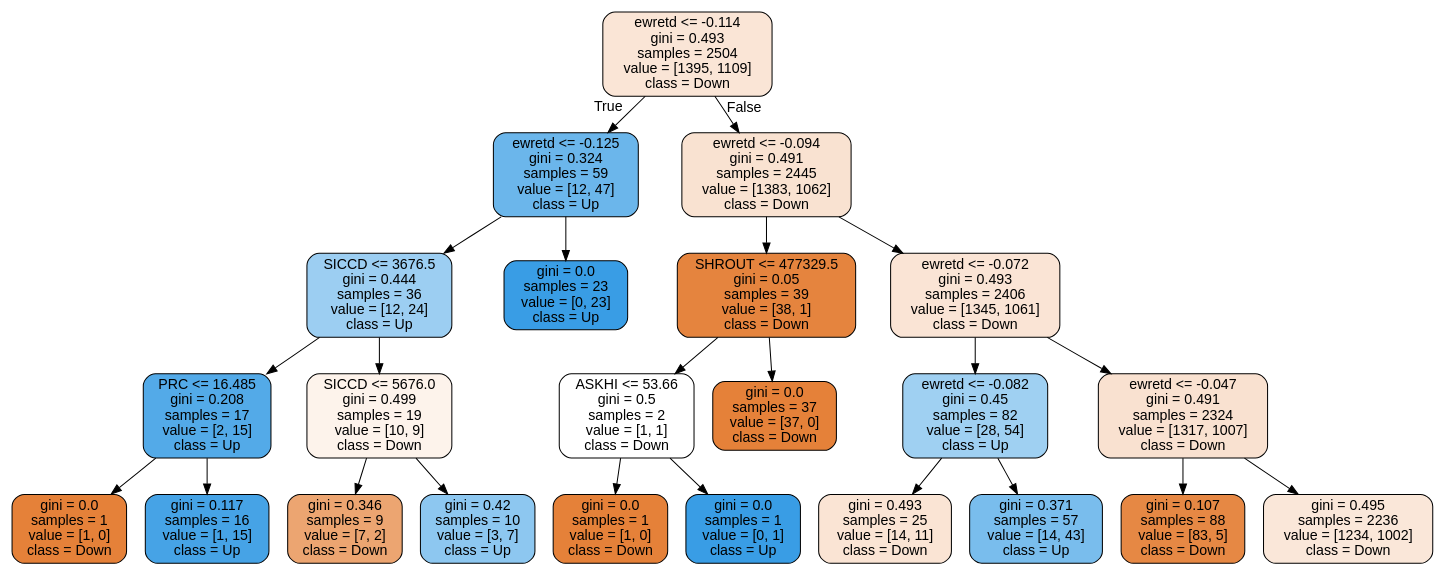
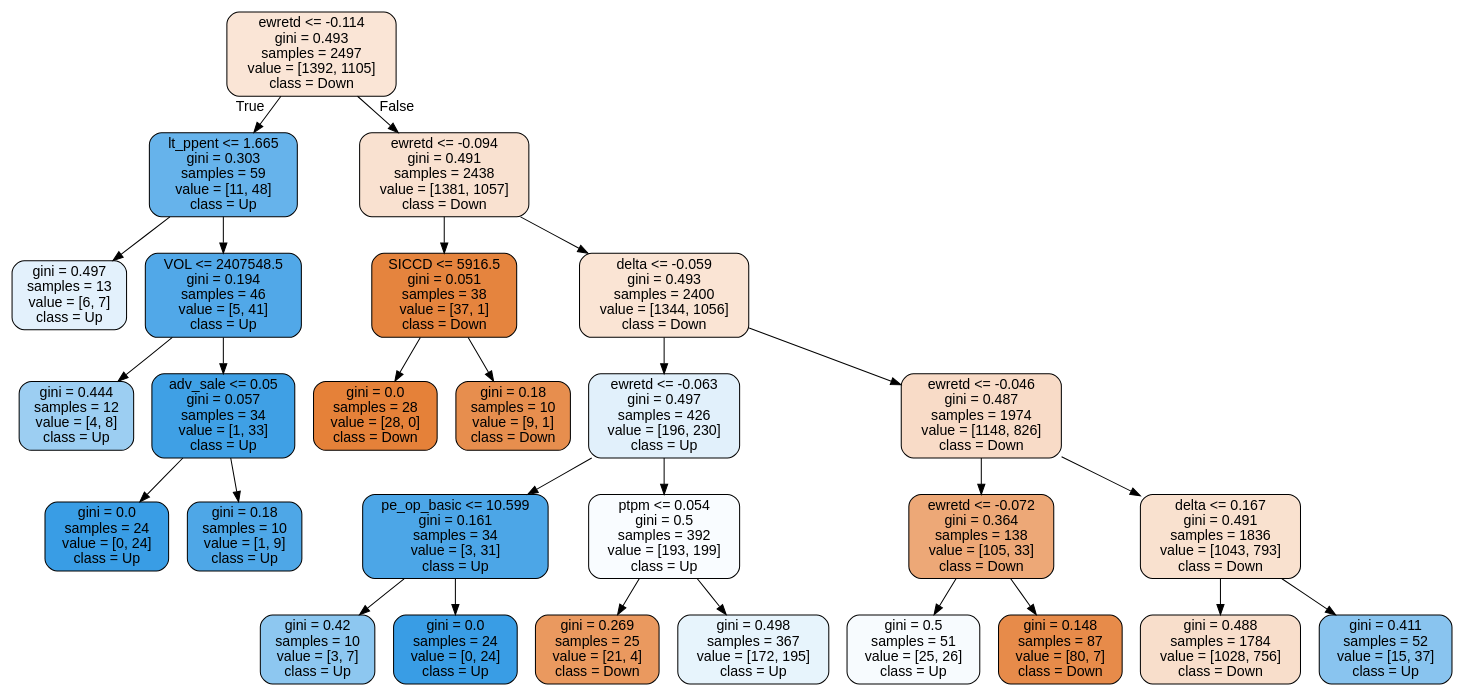
Before and after one commit to bjeffr/Intro_to_Machine_Learning_Group_4: the diagram in tree.dot, drawn with Graphviz. The commit also changed 7 other files, not shown here.

```diff
--- a/tree.dot
+++ b/tree.dot
@@ -1,49 +1,57 @@
 digraph Tree {
 node [shape=box, style="filled, rounded", color="black", fontname=helvetica] ;
 edge [fontname=helvetica] ;
-0 [label="ewretd <= -0.114\ngini = 0.493\nsamples = 2504\nvalue = [1395, 1109]\nclass = Down", fillcolor="#e5813934"] ;
-1 [label="ewretd <= -0.125\ngini = 0.324\nsamples = 59\nvalue = [12, 47]\nclass = Up", fillcolor="#399de5be"] ;
+0 [label="ewretd <= -0.114\ngini = 0.493\nsamples = 2497\nvalue = [1392, 1105]\nclass = Down", fillcolor="#e5813935"] ;
+1 [label="lt_ppent <= 1.665\ngini = 0.303\nsamples = 59\nvalue = [11, 48]\nclass = Up", fillcolor="#399de5c5"] ;
 0 -> 1 [labeldistance=2.5, labelangle=45, headlabel="True"] ;
-2 [label="SICCD <= 3676.5\ngini = 0.444\nsamples = 36\nvalue = [12, 24]\nclass = Up", fillcolor="#399de57f"] ;
+2 [label="gini = 0.497\nsamples = 13\nvalue = [6, 7]\nclass = Up", fillcolor="#399de524"] ;
 1 -> 2 ;
-3 [label="PRC <= 16.485\ngini = 0.208\nsamples = 17\nvalue = [2, 15]\nclass = Up", fillcolor="#399de5dd"] ;
-2 -> 3 ;
-4 [label="gini = 0.0\nsamples = 1\nvalue = [1, 0]\nclass = Down", fillcolor="#e58139ff"] ;
+3 [label="VOL <= 2407548.5\ngini = 0.194\nsamples = 46\nvalue = [5, 41]\nclass = Up", fillcolor="#399de5e0"] ;
+1 -> 3 ;
+4 [label="gini = 0.444\nsamples = 12\nvalue = [4, 8]\nclass = Up", fillcolor="#399de57f"] ;
 3 -> 4 ;
-5 [label="gini = 0.117\nsamples = 16\nvalue = [1, 15]\nclass = Up", fillcolor="#399de5ee"] ;
+5 [label="adv_sale <= 0.05\ngini = 0.057\nsamples = 34\nvalue = [1, 33]\nclass = Up", fillcolor="#399de5f7"] ;
 3 -> 5 ;
-6 [label="SICCD <= 5676.0\ngini = 0.499\nsamples = 19\nvalue = [10, 9]\nclass = Down", fillcolor="#e5813919"] ;
-2 -> 6 ;
-7 [label="gini = 0.346\nsamples = 9\nvalue = [7, 2]\nclass = Down", fillcolor="#e58139b6"] ;
-6 -> 7 ;
-8 [label="gini = 0.42\nsamples = 10\nvalue = [3, 7]\nclass = Up", fillcolor="#399de592"] ;
-6 -> 8 ;
-9 [label="gini = 0.0\nsamples = 23\nvalue = [0, 23]\nclass = Up", fillcolor="#399de5ff"] ;
-1 -> 9 ;
-10 [label="ewretd <= -0.094\ngini = 0.491\nsamples = 2445\nvalue = [1383, 1062]\nclass = Down", fillcolor="#e581393b"] ;
-0 -> 10 [labeldistance=2.5, labelangle=-45, headlabel="False"] ;
-11 [label="SHROUT <= 477329.5\ngini = 0.05\nsamples = 39\nvalue = [38, 1]\nclass = Down", fillcolor="#e58139f8"] ;
-10 -> 11 ;
-12 [label="ASKHI <= 53.66\ngini = 0.5\nsamples = 2\nvalue = [1, 1]\nclass = Down", fillcolor="#e5813900"] ;
-11 -> 12 ;
-13 [label="gini = 0.0\nsamples = 1\nvalue = [1, 0]\nclass = Down", fillcolor="#e58139ff"] ;
+6 [label="gini = 0.0\nsamples = 24\nvalue = [0, 24]\nclass = Up", fillcolor="#399de5ff"] ;
+5 -> 6 ;
+7 [label="gini = 0.18\nsamples = 10\nvalue = [1, 9]\nclass = Up", fillcolor="#399de5e3"] ;
+5 -> 7 ;
+8 [label="ewretd <= -0.094\ngini = 0.491\nsamples = 2438\nvalue = [1381, 1057]\nclass = Down", fillcolor="#e581393c"] ;
+0 -> 8 [labeldistance=2.5, labelangle=-45, headlabel="False"] ;
+9 [label="SICCD <= 5916.5\ngini = 0.051\nsamples = 38\nvalue = [37, 1]\nclass = Down", fillcolor="#e58139f8"] ;
+8 -> 9 ;
+10 [label="gini = 0.0\nsamples = 28\nvalue = [28, 0]\nclass = Down", fillcolor="#e58139ff"] ;
+9 -> 10 ;
+11 [label="gini = 0.18\nsamples = 10\nvalue = [9, 1]\nclass = Down", fillcolor="#e58139e3"] ;
+9 -> 11 ;
+12 [label="delta <= -0.059\ngini = 0.493\nsamples = 2400\nvalue = [1344, 1056]\nclass = Down", fillcolor="#e5813937"] ;
+8 -> 12 ;
+13 [label="ewretd <= -0.063\ngini = 0.497\nsamples = 426\nvalue = [196, 230]\nclass = Up", fillcolor="#399de526"] ;
 12 -> 13 ;
-14 [label="gini = 0.0\nsamples = 1\nvalue = [0, 1]\nclass = Up", fillcolor="#399de5ff"] ;
-12 -> 14 ;
-15 [label="gini = 0.0\nsamples = 37\nvalue = [37, 0]\nclass = Down", fillcolor="#e58139ff"] ;
-11 -> 15 ;
-16 [label="ewretd <= -0.072\ngini = 0.493\nsamples = 2406\nvalue = [1345, 1061]\nclass = Down", fillcolor="#e5813936"] ;
-10 -> 16 ;
-17 [label="ewretd <= -0.082\ngini = 0.45\nsamples = 82\nvalue = [28, 54]\nclass = Up", fillcolor="#399de57b"] ;
-16 -> 17 ;
-18 [label="gini = 0.493\nsamples = 25\nvalue = [14, 11]\nclass = Down", fillcolor="#e5813937"] ;
+14 [label="pe_op_basic <= 10.599\ngini = 0.161\nsamples = 34\nvalue = [3, 31]\nclass = Up", fillcolor="#399de5e6"] ;
+13 -> 14 ;
+15 [label="gini = 0.42\nsamples = 10\nvalue = [3, 7]\nclass = Up", fillcolor="#399de592"] ;
+14 -> 15 ;
+16 [label="gini = 0.0\nsamples = 24\nvalue = [0, 24]\nclass = Up", fillcolor="#399de5ff"] ;
+14 -> 16 ;
+17 [label="ptpm <= 0.054\ngini = 0.5\nsamples = 392\nvalue = [193, 199]\nclass = Up", fillcolor="#399de508"] ;
+13 -> 17 ;
+18 [label="gini = 0.269\nsamples = 25\nvalue = [21, 4]\nclass = Down", fillcolor="#e58139ce"] ;
 17 -> 18 ;
-19 [label="gini = 0.371\nsamples = 57\nvalue = [14, 43]\nclass = Up", fillcolor="#399de5ac"] ;
+19 [label="gini = 0.498\nsamples = 367\nvalue = [172, 195]\nclass = Up", fillcolor="#399de51e"] ;
 17 -> 19 ;
-20 [label="ewretd <= -0.047\ngini = 0.491\nsamples = 2324\nvalue = [1317, 1007]\nclass = Down", fillcolor="#e581393c"] ;
-16 -> 20 ;
-21 [label="gini = 0.107\nsamples = 88\nvalue = [83, 5]\nclass = Down", fillcolor="#e58139f0"] ;
+20 [label="ewretd <= -0.046\ngini = 0.487\nsamples = 1974\nvalue = [1148, 826]\nclass = Down", fillcolor="#e5813948"] ;
+12 -> 20 ;
+21 [label="ewretd <= -0.072\ngini = 0.364\nsamples = 138\nvalue = [105, 33]\nclass = Down", fillcolor="#e58139af"] ;
 20 -> 21 ;
-22 [label="gini = 0.495\nsamples = 2236\nvalue = [1234, 1002]\nclass = Down", fillcolor="#e5813930"] ;
-20 -> 22 ;
+22 [label="gini = 0.5\nsamples = 51\nvalue = [25, 26]\nclass = Up", fillcolor="#399de50a"] ;
+21 -> 22 ;
+23 [label="gini = 0.148\nsamples = 87\nvalue = [80, 7]\nclass = Down", fillcolor="#e58139e9"] ;
+21 -> 23 ;
+24 [label="delta <= 0.167\ngini = 0.491\nsamples = 1836\nvalue = [1043, 793]\nclass = Down", fillcolor="#e581393d"] ;
+20 -> 24 ;
+25 [label="gini = 0.488\nsamples = 1784\nvalue = [1028, 756]\nclass = Down", fillcolor="#e5813943"] ;
+24 -> 25 ;
+26 [label="gini = 0.411\nsamples = 52\nvalue = [15, 37]\nclass = Up", fillcolor="#399de598"] ;
+24 -> 26 ;
 }
```
